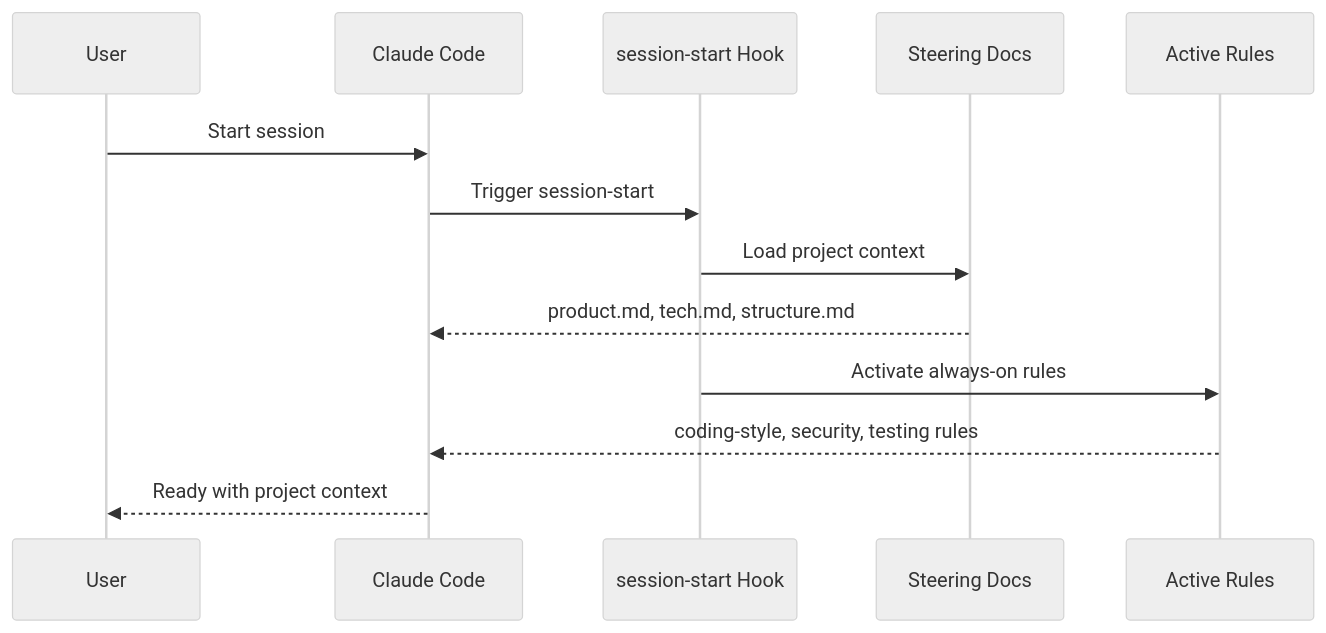
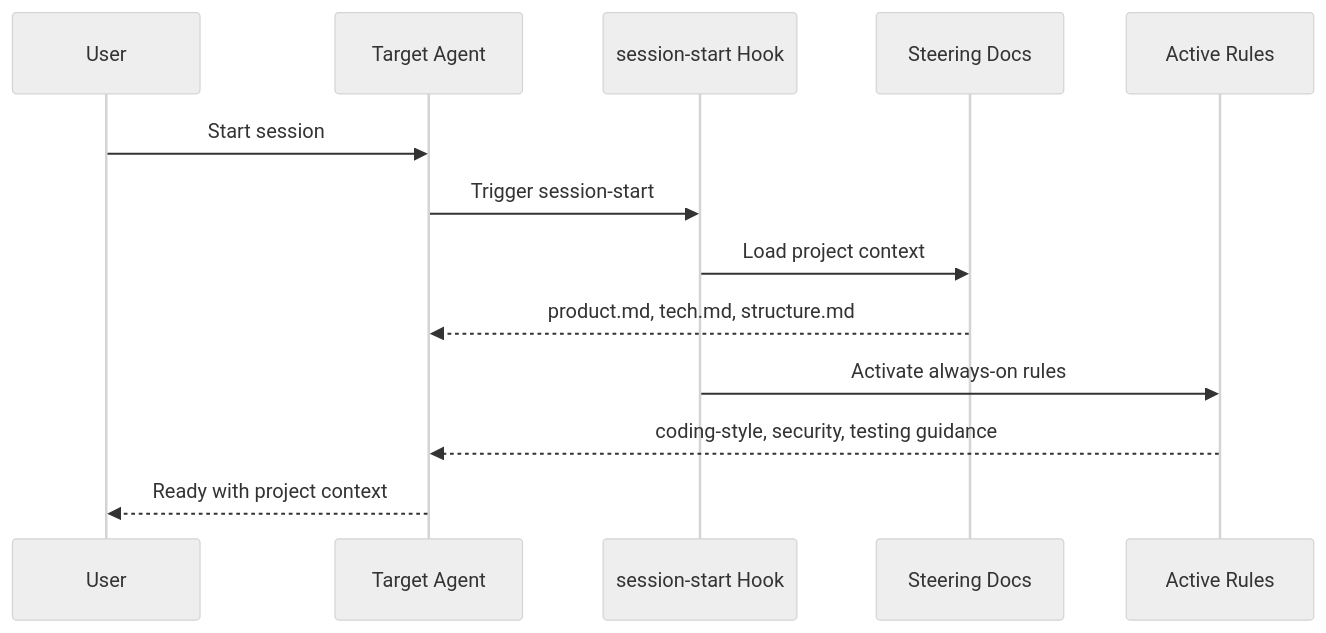
Before and after one commit to yi-john-huang/sdd-mcp: the first of 5 diagrams in docs/WORKFLOW.md, drawn with Mermaid (neutral theme). The commit also changed other lines of this file and 22 other files, not shown here.

````diff
--- a/docs/WORKFLOW.md
+++ b/docs/WORKFLOW.md
@@ -45,16 +45,16 @@
 ```mermaid
 sequenceDiagram
     participant User
-    participant Claude as Claude Code
+    participant Agent as Target Agent
     participant Hook as session-start Hook
     participant Steering as Steering Docs
     participant Rules as Active Rules
 
-    User->>Claude: Start session
-    Claude->>Hook: Trigger session-start
+    User->>Agent: Start session
+    Agent->>Hook: Trigger session-start
     Hook->>Steering: Load project context
-    Steering-->>Claude: product.md, tech.md, structure.md
+    Steering-->>Agent: product.md, tech.md, structure.md
     Hook->>Rules: Activate always-on rules
-    Rules-->>Claude: coding-style, security, testing rules
-    Claude-->>User: Ready with project context
+    Rules-->>Agent: coding-style, security, testing guidance
+    Agent-->>User: Ready with project context
 ```
````
